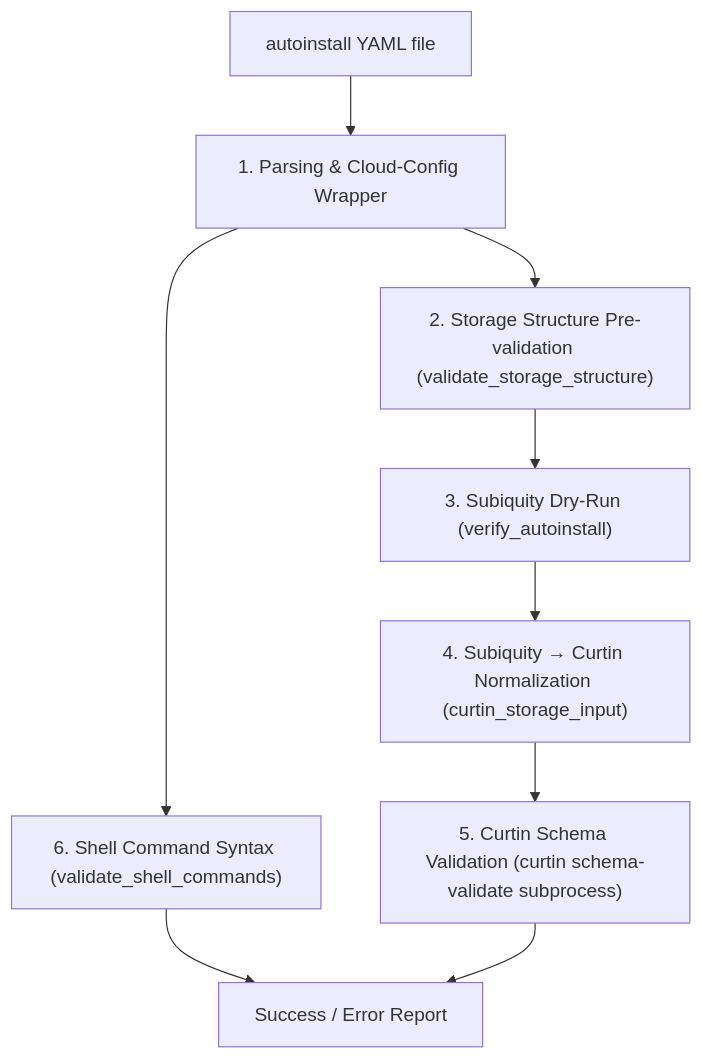
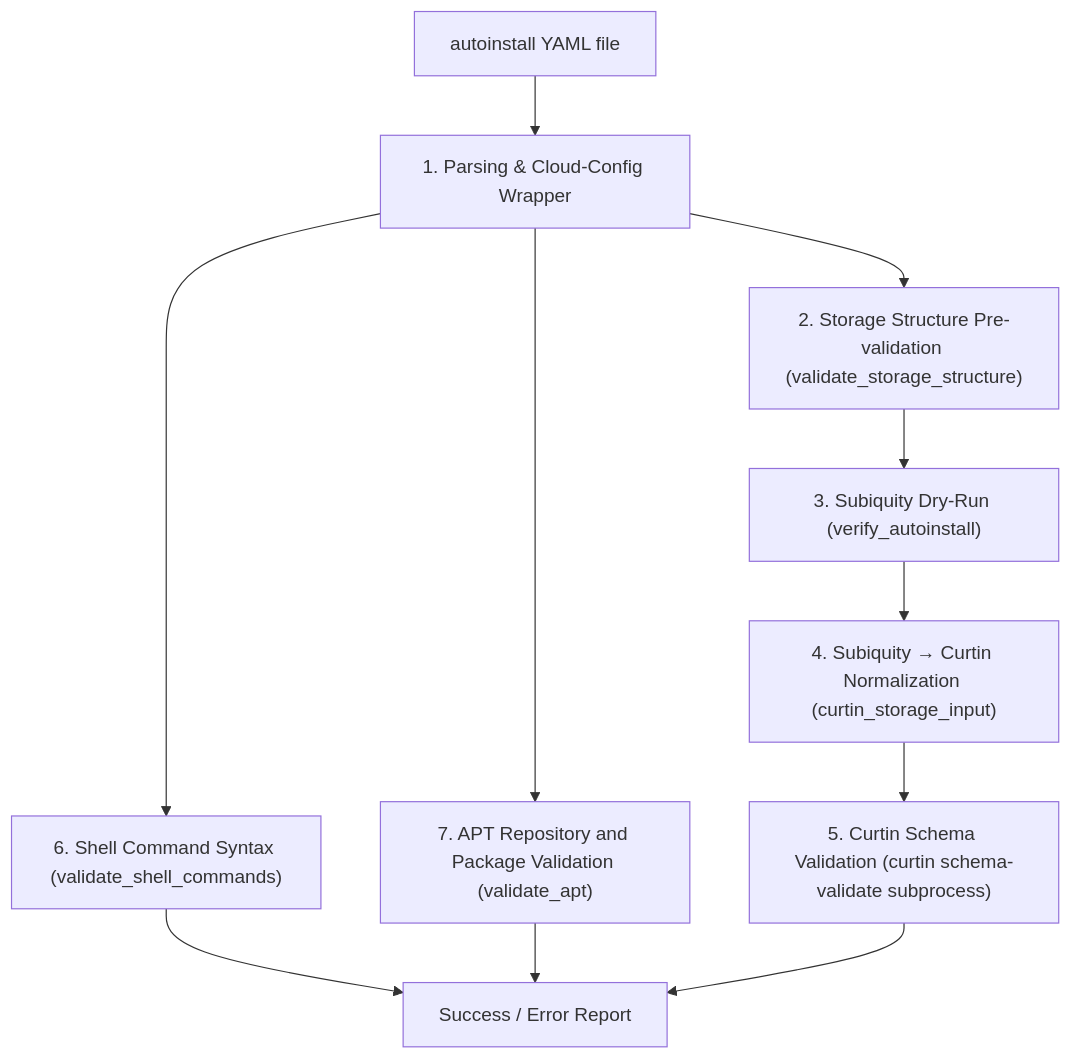
Before and after one commit to amichalowski/ubuntu-autoinstall-helper: the diagram in README.md, drawn with Mermaid. The commit also changed other lines of this file and 11 other files, not shown here.

First line of the commit message:
feat(validate): add APT repository and package validation layer

````diff
--- a/README.md
+++ b/README.md
@@ -449,11 +458,13 @@
 ```mermaid
 flowchart TD
     A["autoinstall YAML file"] --> B["1. Parsing & Cloud-Config Wrapper"]
     B --> C["2. Storage Structure Pre-validation (validate_storage_structure)"]
     B --> H["6. Shell Command Syntax (validate_shell_commands)"]
+    B --> I["7. APT Repository and Package Validation (validate_apt)"]
     C --> D["3. Subiquity Dry-Run (verify_autoinstall)"]
     D --> E["4. Subiquity → Curtin Normalization (curtin_storage_input)"]
     E --> F["5. Curtin Schema Validation (curtin schema-validate subprocess)"]
     H --> G["Success / Error Report"]
+    I --> G
     F --> G
 ```
````
